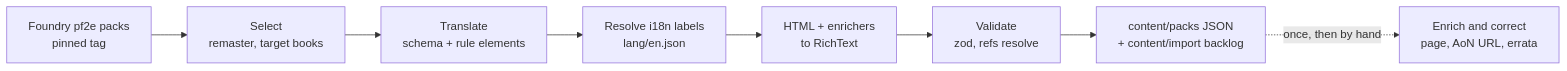
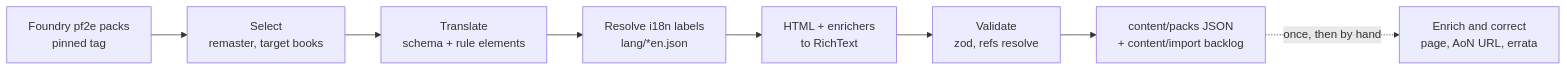
One commit to DavidDudson/pioneer changed the diagram in docs/architecture/content-model.md. Above: the diagram before and after it, drawn with Mermaid. The commit also changed other lines of this file and 18 other files, not shown here.

First line of the commit message:
feat(importer): resolve Foundry lang keys to English text

````diff
--- a/docs/architecture/content-model.md
+++ b/docs/architecture/content-model.md
@@ -482,10 +482,10 @@
 ```mermaid
 flowchart LR
   F[Foundry pf2e packs<br/>pinned tag] --> S[Select<br/>remaster, target books]
   S --> T[Translate<br/>schema + rule elements]
-  T --> L[Resolve i18n labels<br/>lang/en.json]
+  T --> L[Resolve i18n labels<br/>lang/*en.json]
   L --> R[HTML + enrichers<br/>to RichText]
   R --> V[Validate<br/>zod, refs resolve]
   V --> O[content/packs JSON<br/>+ content/import backlog]
   O -. once, then by hand .-> E[Enrich and correct<br/>page, AoN URL, errata]
 ```
````
